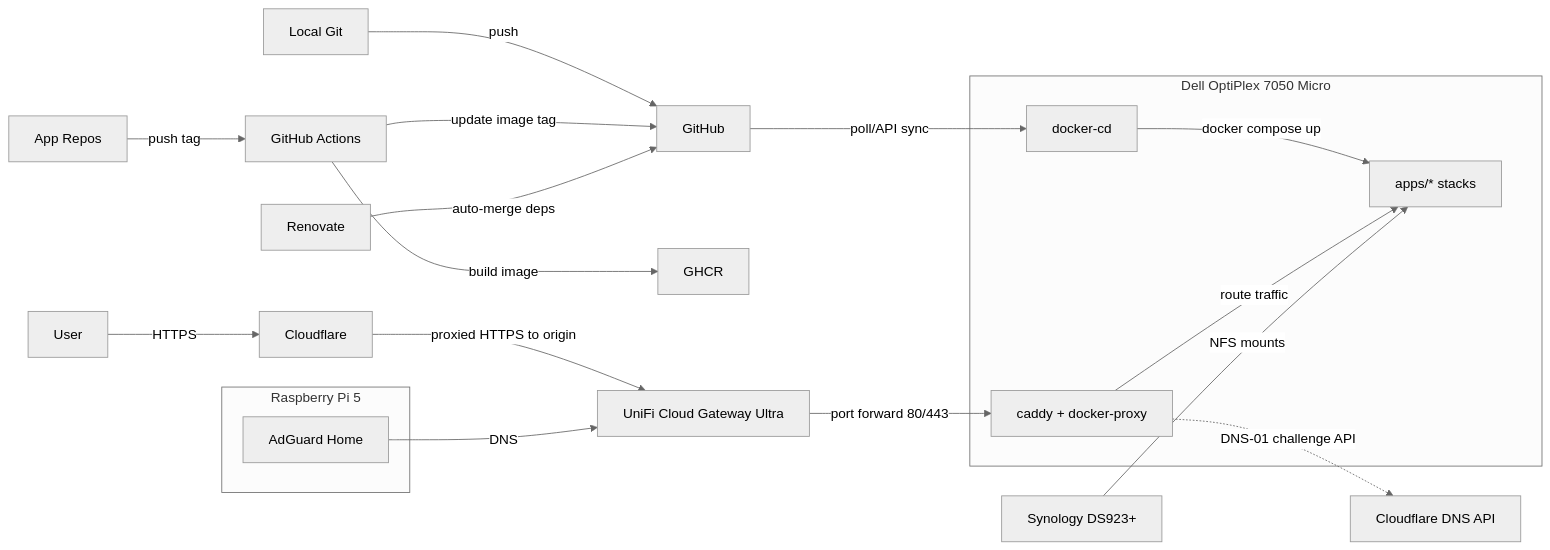
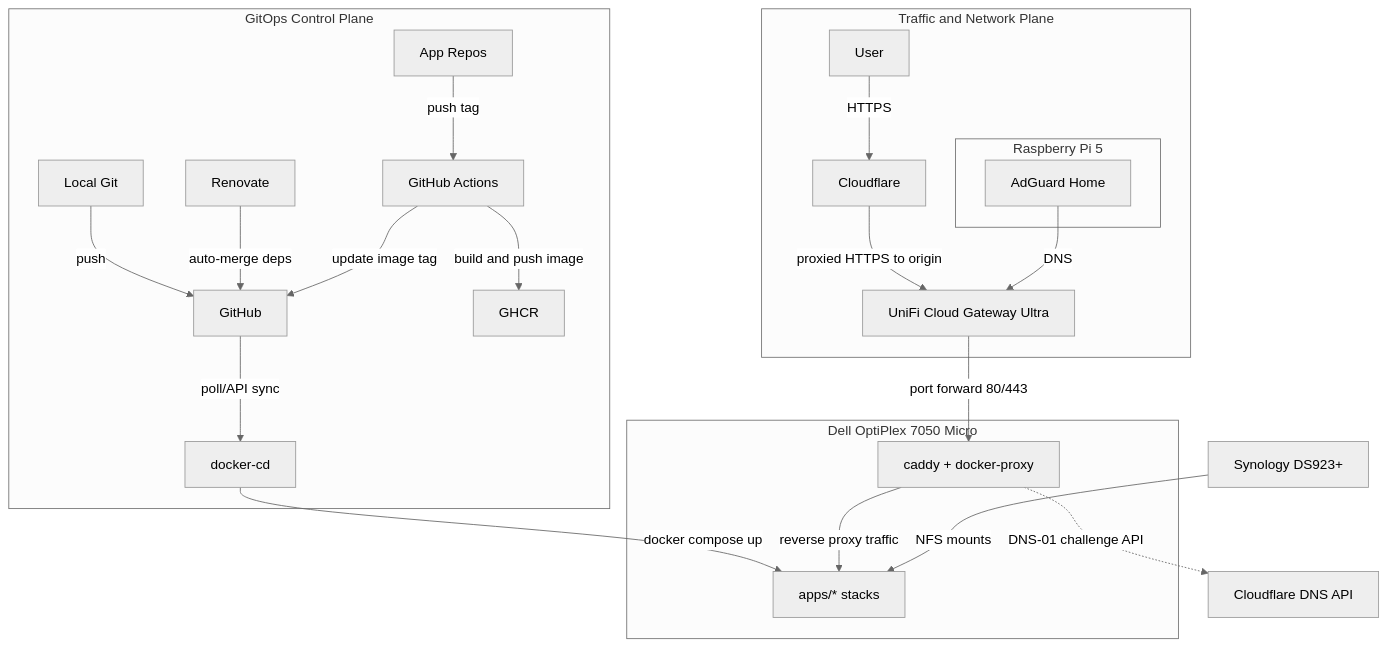
Before and after one commit to wajeht/home-ops: the diagram in README.md, drawn with Mermaid (neutral theme).

Commit message:
docs: update architecture diagram to clarify data flow and components

````diff
--- a/README.md
+++ b/README.md
@@ -16,25 +16,29 @@
 ```mermaid
-flowchart LR
-    local_git[Local Git] -->|push| github[GitHub]
-    app_repo[App Repos] -->|push tag| actions[GitHub Actions]
-    actions -->|build image| ghcr[GHCR]
-    actions -->|update image tag| github
-    renovate[Renovate] -->|auto-merge deps| github
-    github -->|poll/API sync| docker_cd[docker-cd]
+flowchart TB
+    subgraph control[GitOps Control Plane]
+        local_git[Local Git] -->|push| github[GitHub]
+        app_repo[App Repos] -->|push tag| actions[GitHub Actions]
+        renovate[Renovate] -->|auto-merge deps| github
+        actions -->|build and push image| ghcr[GHCR]
+        actions -->|update image tag| github
+        github -->|poll/API sync| docker_cd[docker-cd]
+    end
+
+    subgraph network[Traffic and Network Plane]
+        user[User] -->|HTTPS| cloudflare[Cloudflare]
+        cloudflare -->|proxied HTTPS to origin| unifi[UniFi Cloud Gateway Ultra]
+        subgraph pi[Raspberry Pi 5]
+            adguard[AdGuard Home]
+        end
+        adguard -->|DNS| unifi
+    end
 
     subgraph dell[Dell OptiPlex 7050 Micro]
         docker_cd -->|docker compose up| apps[apps/* stacks]
-        caddy[caddy + docker-proxy] -->|route traffic| apps
+        caddy[caddy + docker-proxy] -->|reverse proxy traffic| apps
     end
 
-    user[User] -->|HTTPS| cloudflare[Cloudflare]
-    cloudflare -->|proxied HTTPS to origin| unifi[UniFi Cloud Gateway Ultra]
     unifi -->|port forward 80/443| caddy
     caddy -.->|DNS-01 challenge API| cloudflare_dns[Cloudflare DNS API]
-
     nas[Synology DS923+] -->|NFS mounts| apps
-    subgraph pi[Raspberry Pi 5]
-        adguard[AdGuard Home]
-    end
-    adguard -->|DNS| unifi
 ```
````
